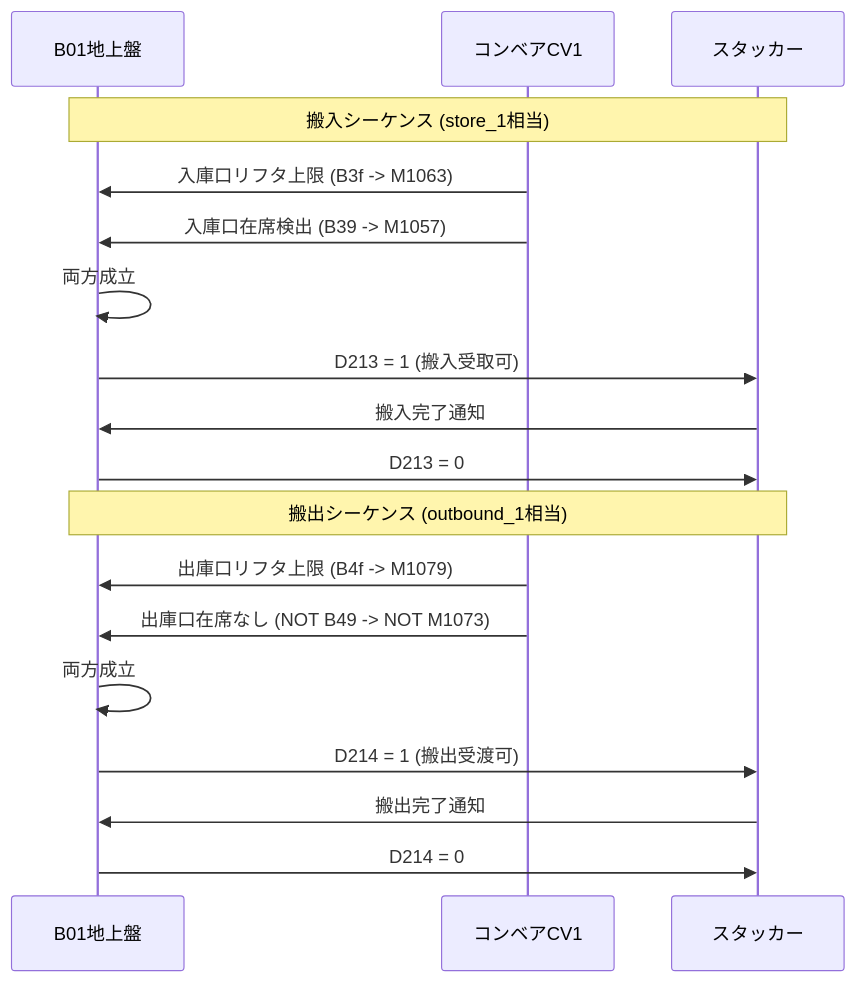
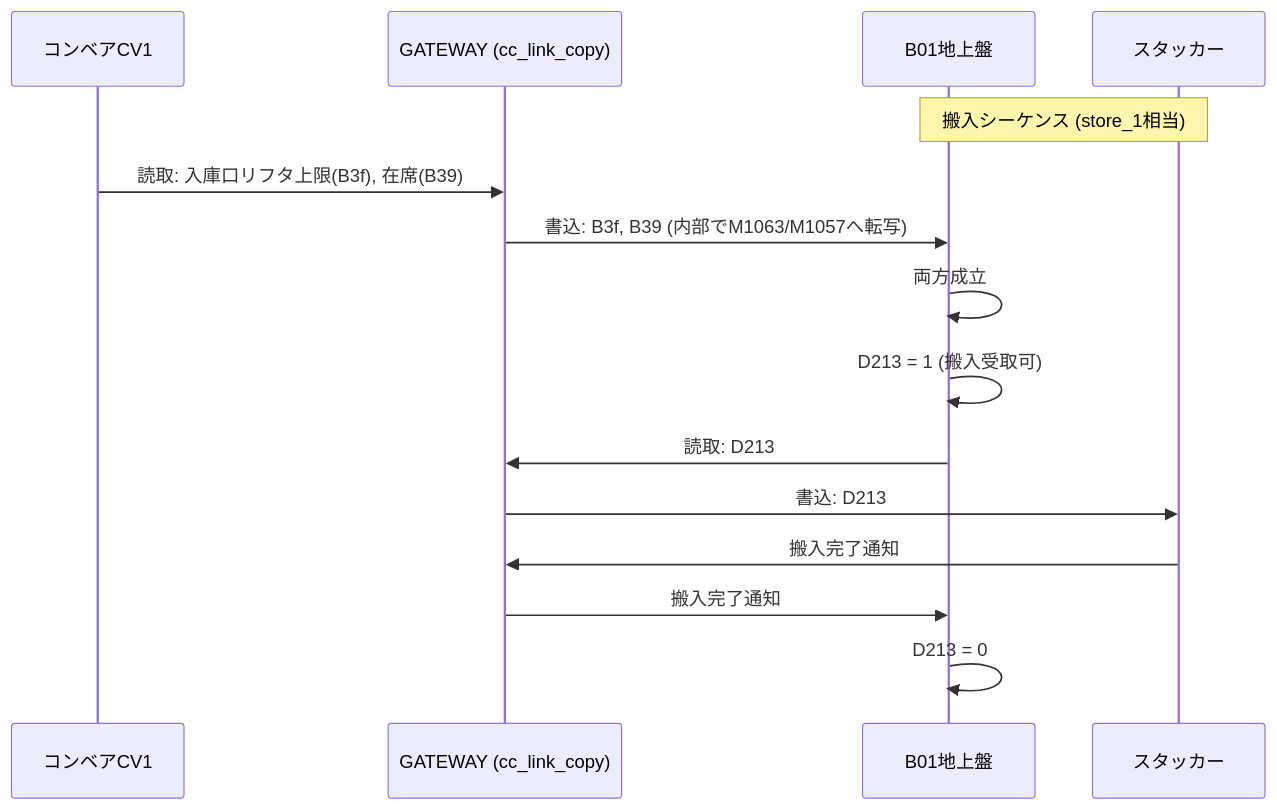
One commit to iceplantengineering/YTEC changed the fourth of 7 diagrams in DOC3/plc_flowcharts.md. Above: the diagram before and after it, drawn with Mermaid. The commit also changed other lines of this file and 30 other files, not shown here.

````diff
--- a/DOC3/plc_flowcharts.md
+++ b/DOC3/plc_flowcharts.md
@@ -77,22 +106,18 @@
 ```mermaid
 sequenceDiagram
+    participant CV1 as コンベアCV1
+    participant GW as GATEWAY (cc_link_copy)
     participant B01 as B01地上盤
-    participant CV1 as コンベアCV1
     participant STK as スタッカー
     
     Note over B01,STK: 搬入シーケンス (store_1相当)
-    CV1->>B01: 入庫口リフタ上限 (B3f -> M1063)
-    CV1->>B01: 入庫口在席検出 (B39 -> M1057)
+    CV1->>GW: 読取: 入庫口リフタ上限(B3f), 在席(B39)
+    GW->>B01: 書込: B3f, B39 (内部でM1063/M1057へ転写)
     B01->>B01: 両方成立
-    B01->>STK: D213 = 1 (搬入受取可)
-    STK->>B01: 搬入完了通知
-    B01->>STK: D213 = 0
-    
-    Note over B01,STK: 搬出シーケンス (outbound_1相当)
-    CV1->>B01: 出庫口リフタ上限 (B4f -> M1079)
-    CV1->>B01: 出庫口在席なし (NOT B49 -> NOT M1073)
-    B01->>B01: 両方成立
-    B01->>STK: D214 = 1 (搬出受渡可)
-    STK->>B01: 搬出完了通知
-    B01->>STK: D214 = 0
+    B01->>B01: D213 = 1 (搬入受取可)
+    B01->>GW: 読取: D213
+    GW->>STK: 書込: D213
+    STK->>GW: 搬入完了通知
+    GW->>B01: 搬入完了通知
+    B01->>B01: D213 = 0
 ```
````
